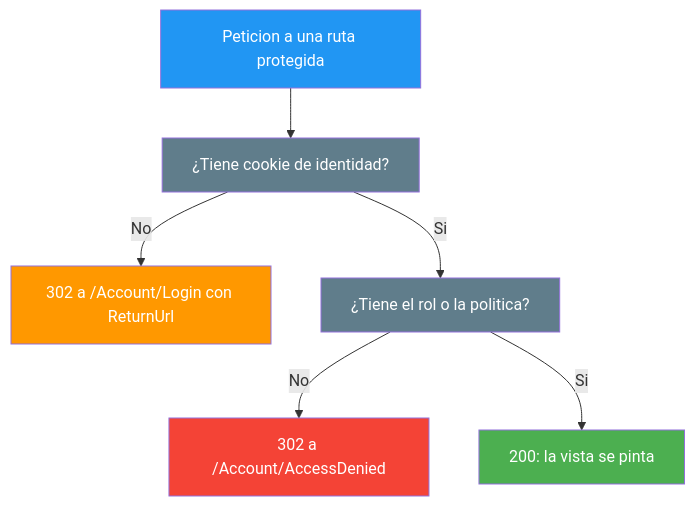
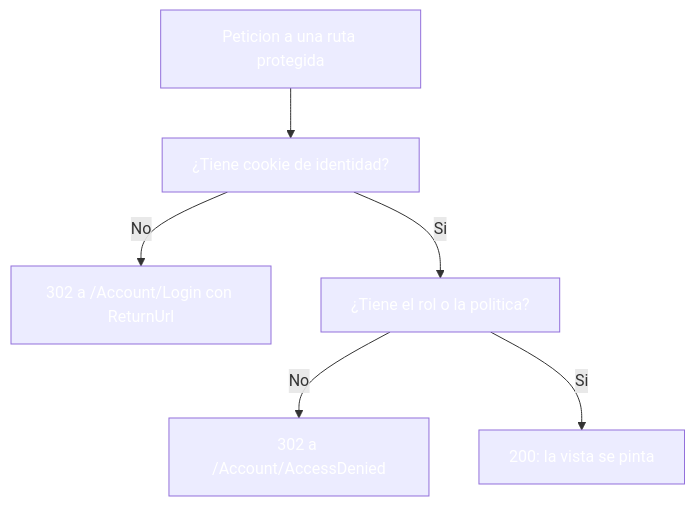
The seventh of 8 diagrams in 19-autenticacion-identity.md (joseluisgs/DesarrolloWebEntornosServidor-03-2026-2027), drawn with Mermaid before and after one commit. The commit also changed other lines of this file and 30 other files, not shown here.

````diff
--- a/19-autenticacion-identity.md
+++ b/19-autenticacion-identity.md
@@ -587,14 +587,14 @@
 ```mermaid
 graph TD
     P["Peticion a una ruta protegida"] --> A["¿Tiene cookie de identidad?"]
     A -->|No| L["302 a /Account/Login con ReturnUrl"]
     A -->|Si| R["¿Tiene el rol o la politica?"]
     R -->|No| D["302 a /Account/AccessDenied"]
     R -->|Si| OK["200: la vista se pinta"]
-    style P fill:#2196F3,color:#fff
-    style A fill:#607D8B,color:#fff
-    style L fill:#FF9800,color:#fff
-    style R fill:#607D8B,color:#fff
-    style D fill:#f44336,color:#fff
-    style OK fill:#4CAF50,color:#fff
+    style P fill:#2196F,color:#fff3,color:#fff
+    style A fill:#607D8,color:#fffB,color:#fff
+    style L fill:#FF980,color:#fff0,color:#fff
+    style R fill:#607D8,color:#fffB,color:#fff
+    style D fill:#f4433,color:#fff6,color:#fff
+    style OK fill:#4CAF5,color:#fff0,color:#fff
 ```
````
